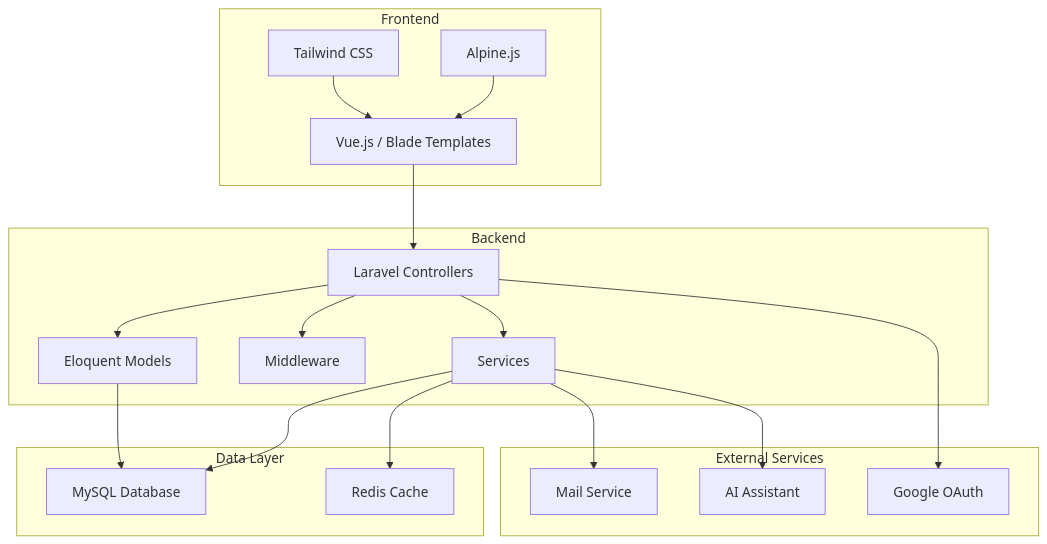
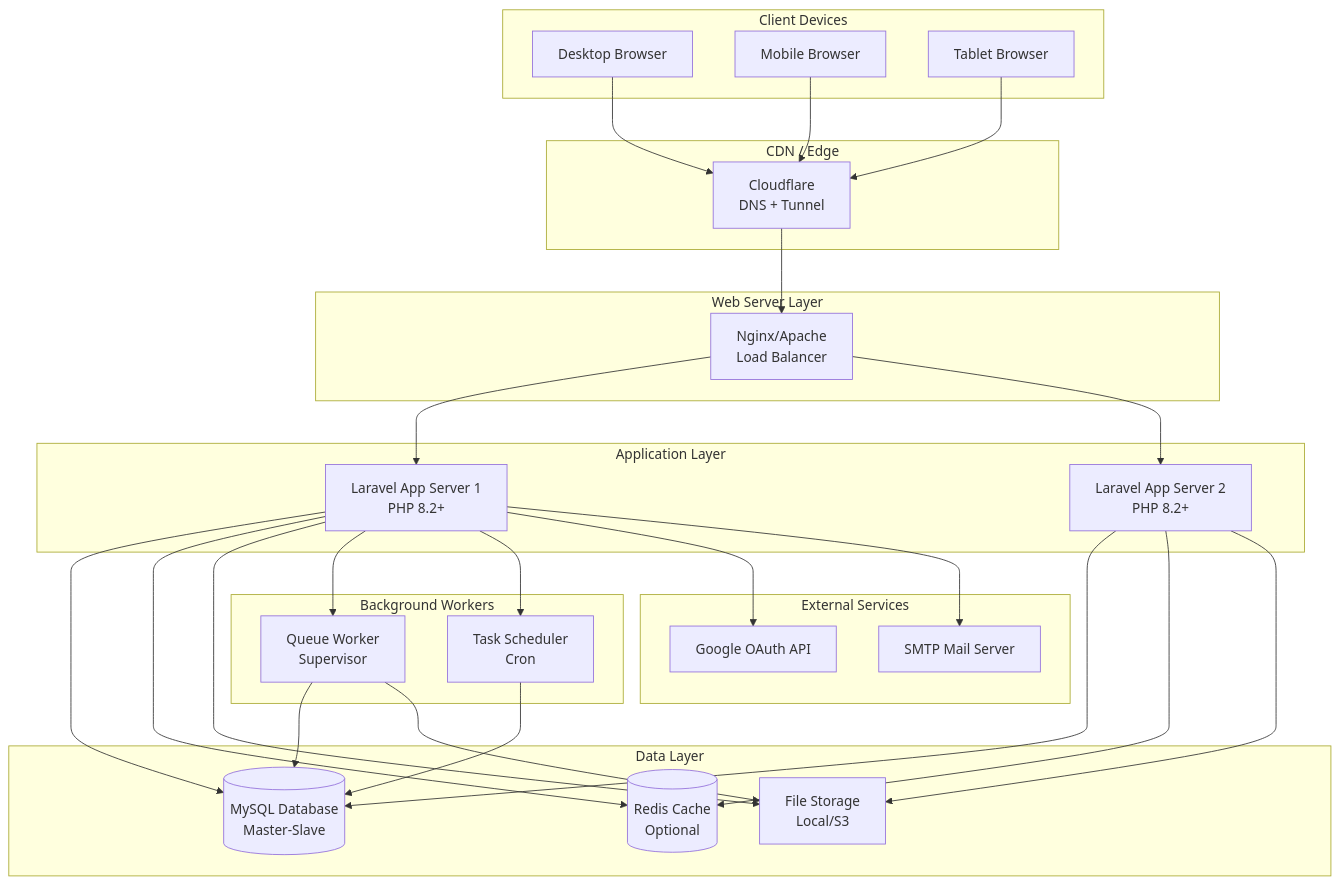
Diagram 16 of 28 in UML.md (vd120/laravel_project), drawn with Mermaid before and after one commit. The commit also changed other lines of this file and 36 other files, not shown here.

````diff
--- a/UML.md
+++ b/UML.md
@@ -771,39 +1481,64 @@
 ```mermaid
-graph TB
-    subgraph "Frontend"
-        V[Vue.js / Blade Templates]
-        CSS[Tailwind CSS]
-        JS[Alpine.js]
+flowchart TB
+    subgraph "Client Devices"
+        Desktop[Desktop Browser]
+        Mobile[Mobile Browser]
+        Tablet[Tablet Browser]
     end
 
-    subgraph "Backend"
-        LC[Laravel Controllers]
-        MD[Eloquent Models]
-        MW[Middleware]
-        SV[Services]
+    subgraph "CDN / Edge"
+        Cloudflare[Cloudflare<br/>DNS + Tunnel]
+    end
+
+    subgraph "Web Server Layer"
+        Nginx[Nginx/Apache<br/>Load Balancer]
+    end
+
+    subgraph "Application Layer"
+        AppServer1[Laravel App Server 1<br/>PHP 8.2+]
+        AppServer2[Laravel App Server 2<br/>PHP 8.2+]
+    end
+
+    subgraph "Background Workers"
+        QueueWorker[Queue Worker<br/>Supervisor]
+        Scheduler[Task Scheduler<br/>Cron]
     end
 
     subgraph "Data Layer"
-        MySQL[MySQL Database]
-        RED[Redis Cache]
+        MySQL[(MySQL Database<br/>Master-Slave)]
+        Redis[(Redis Cache<br/>Optional)]
+        FileStorage[File Storage<br/>Local/S3]
     end
 
     subgraph "External Services"
-        G[Google OAuth]
-        ML[Mail Service]
-        AI[AI Assistant]
+        Google[Google OAuth API]
+        SMTP[SMTP Mail Server]
     end
 
-    V --> LC
-    CSS --> V
-    JS --> V
-    LC --> MD
-    LC --> MW
-    LC --> SV
-    MD --> MySQL
-    SV --> MySQL
-    SV --> RED
-    LC --> G
-    SV --> ML
-    SV --> AI
+    Desktop --> Cloudflare
+    Mobile --> Cloudflare
+    Tablet --> Cloudflare
+
+    Cloudflare --> Nginx
+
+    Nginx --> AppServer1
+    Nginx --> AppServer2
+
+    AppServer1 --> MySQL
+    AppServer1 --> Redis
+    AppServer1 --> FileStorage
+    AppServer1 --> QueueWorker
+    AppServer1 --> Scheduler
+
+    AppServer2 --> MySQL
+    AppServer2 --> Redis
+    AppServer2 --> FileStorage
+
+    QueueWorker --> MySQL
+    QueueWorker --> FileStorage
+
+    Scheduler --> MySQL
+
+    AppServer1 --> Google
+    AppServer1 --> SMTP
 ```
````
